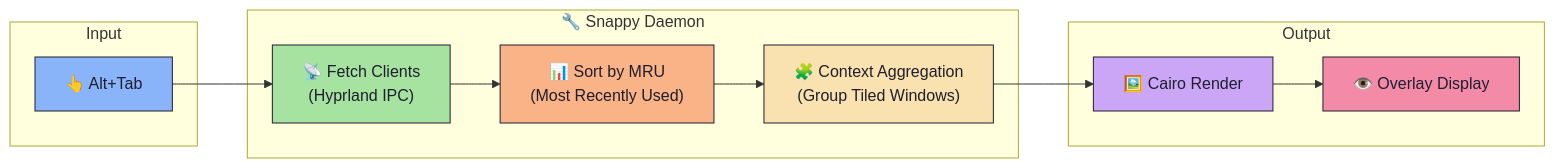
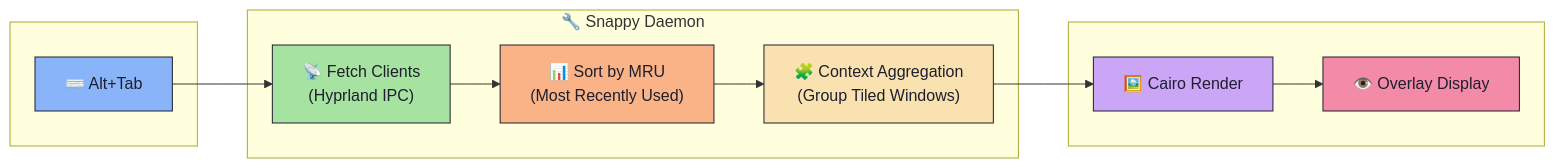
The first of 3 diagrams in README.md (DreamMaoMao/wswitch), drawn with Mermaid before and after one commit. The commit also changed other lines of this file, not shown here.

Commit message:
docs: polish README with gallery and diagrams

````diff
--- a/README.md
+++ b/README.md
@@ -40,26 +55,26 @@
 ```mermaid
 flowchart LR
-    subgraph Input
-        A[👆 Alt+Tab]
+    subgraph Input[" "]
+        A["⌨️ Alt+Tab"]
     end
 
     subgraph Daemon["🔧 Snappy Daemon"]
-        B["📡 Fetch Clients\n(Hyprland IPC)"]
-        C["📊 Sort by MRU\n(Most Recently Used)"]
-        D["🧩 Context Aggregation\n(Group Tiled Windows)"]
+        B["📡 Fetch Clients<br/>(Hyprland IPC)"]
+        C["📊 Sort by MRU<br/>(Most Recently Used)"]
+        D["🧩 Context Aggregation<br/>(Group Tiled Windows)"]
     end
 
-    subgraph Output
+    subgraph Output[" "]
         E["🖼️ Cairo Render"]
         F["👁️ Overlay Display"]
     end
 
     A --> B --> C --> D --> E --> F
 
     style A fill:#89b4fa,stroke:#1e1e2e,color:#1e1e2e
     style B fill:#a6e3a1,stroke:#1e1e2e,color:#1e1e2e
     style C fill:#fab387,stroke:#1e1e2e,color:#1e1e2e
     style D fill:#f9e2af,stroke:#1e1e2e,color:#1e1e2e
     style E fill:#cba6f7,stroke:#1e1e2e,color:#1e1e2e
     style F fill:#f38ba8,stroke:#1e1e2e,color:#1e1e2e
 ```
````
